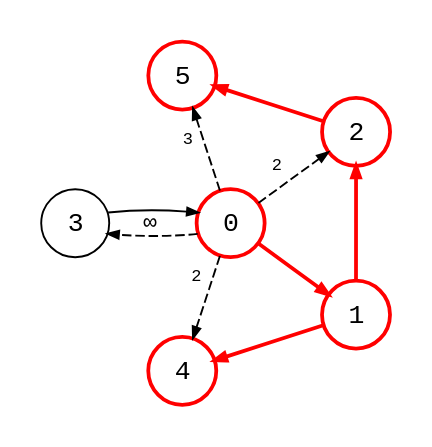
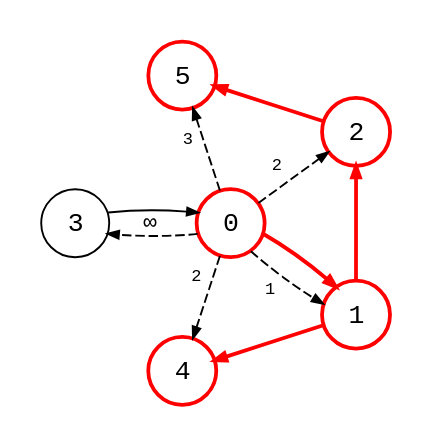
Before and after one commit to bsdrks/graaf-images: the diagram in src/bfs_dist_distances_1-0.91.3.dot, drawn with Graphviz. The commit also changed 3 other files, not shown here.

```diff
--- a/src/bfs_dist_distances_1-0.91.3.dot
+++ b/src/bfs_dist_distances_1-0.91.3.dot
@@ -1,151 +1,162 @@
 digraph {
     node [shape=circle, fontname="monospace", fixedsize=true];
     edge [arrowsize=0.6, fontname="monospace", fontsize=9];
     layout=neato;
     mode="sgd";
     maxiter=200000;
     scale=1.2;
     normalize=true;
     pad=0.2;
     splines=line
 
     3 [color="#bbb", fontcolor="#bbb"];
     0, 1, 2, 4, 5 [style=bold, color=red];
 
     0 [
         label=<
             <table border="0" cellpadding="0" cellspacing="0">
                 <tr>
                     <td>0</td>
                 </tr>
             </table>
         >,
         color=red,
         style=bold
     ];
 
     1 [
         label=<
             <table border="0" cellpadding="0" cellspacing="0">
                 <tr>
                     <td>1</td>
                 </tr>
             </table>
         >,
         color=red,
         style=bold
     ];
 
     2 [
         label=<
             <table border="0" cellpadding="1" cellspacing="0">
                 <tr>
                     <td>2</td>
                 </tr>
             </table>
         >,
     ];
 
     3 [
         label=<
             <table border="0" cellpadding="1" cellspacing="0">
                 <tr>
                     <td>3</td>
                 </tr>
             </table>
         >,
     ];
 
     4 [
         label=<
             <table border="0" cellpadding="1" cellspacing="0">
                 <tr>
                     <td>4</td>
                 </tr>
             </table>
         >,
     ];
 
     5 [
         label=<
             <table border="0" cellpadding="1" cellspacing="0">
                 <tr>
                     <td>5</td>
                 </tr>
             </table>
         >,
     ];
 
 
     0 -> 1 [
         style=bold;
         color=red;
     ];
 
     0 -> 2 [
         style=dashed;
         label=<
             <table border="0" cellpadding="3" cellspacing="0">
                 <tr>
                     <td bgcolor="#ffffffaa">2</td>
                 </tr>
             </table>
         >;
     ];
 
     0 -> 3 [
         style=dashed;
         fontsize=12;
         label=<
             <table border="0" cellpadding="0" cellspacing="0">
                 <tr>
                     <td>∞</td>
                 </tr>
             </table>
         >;
     ];
 
     0 -> 4 [
         style=dashed;
         label=<
             <table border="0" cellpadding="3" cellspacing="0">
                 <tr>
                     <td bgcolor="#ffffffaa">2</td>
                 </tr>
             </table>
         >;
     ];
 
     0 -> 5 [
         style=dashed;
         label=<
             <table border="0" cellpadding="3" cellspacing="0">
                 <tr>
                     <td> 3</td>
                 </tr>
             </table>
         >;
     ];
 
     1 -> 2 [
         style=bold;
         color=red;
     ];
 
     1 -> 4 [
         style=bold;
         color=red;
     ];
 
     2 -> 5 [
         style=bold;
         color=red;
     ];
 
     3 -> 0 [
         color="#bbb";
     ];
 
+    0 -> 1 [
+        style=dashed;
+        label=<
+            <table border="0" cellpadding="3" cellspacing="0">
+                <tr>
+                    <td bgcolor="#ffffffaa">1</td>
+                </tr>
+            </table>
+        >;
+    ];
+
     3 -> 5 [style=invis];
     3 -> 4 [style=invis];
 }
```
